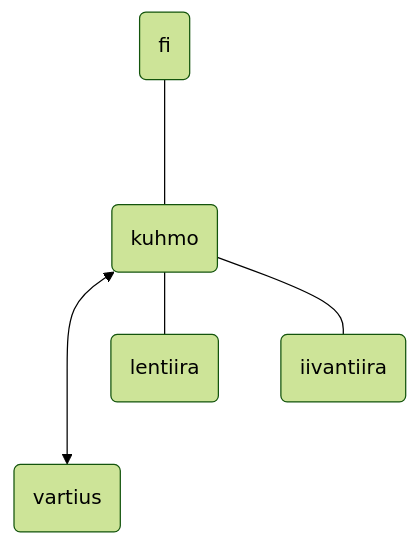
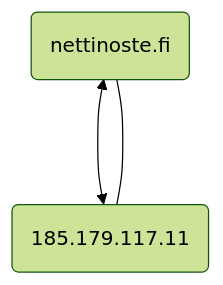
Before and after one commit to phdonner/verkkotunnus: the diagram in iptodomainname.md, drawn with Mermaid.

````diff
--- a/iptodomainname.md
+++ b/iptodomainname.md
@@ -1,9 +1,6 @@
 ```mermaid
 %%{init: {'theme':'forest'}}%%
 flowchart BT
-   A(vartius)    <---> D
-   B(lentiira)   --- D
-   C(iivantiira) --- D
-   D(kuhmo)   ---- F(fi)
-   
+   A(185.179.117.11)    <---> B
+   B(nettinoste.fi)   --- A
 ```
````
